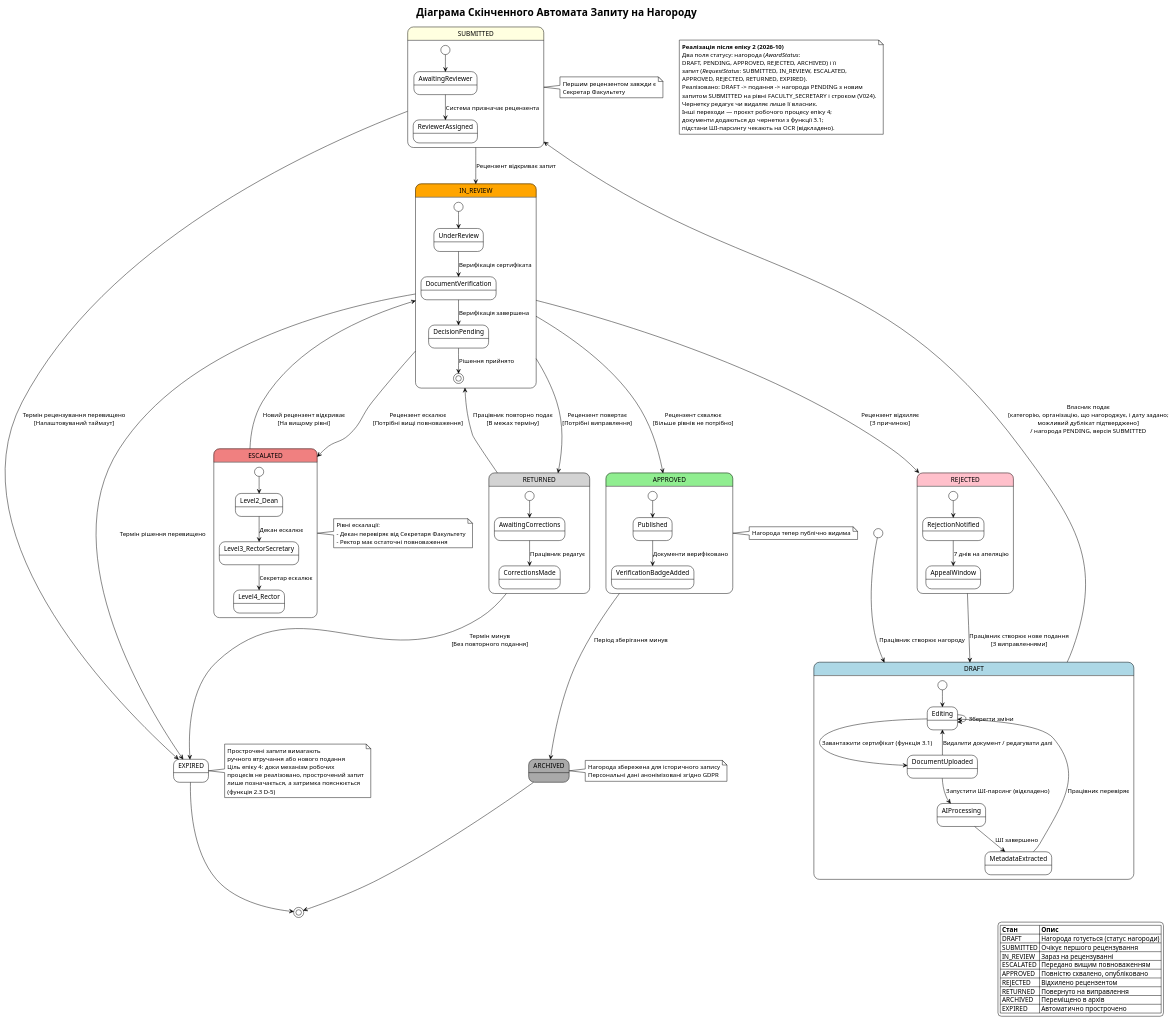
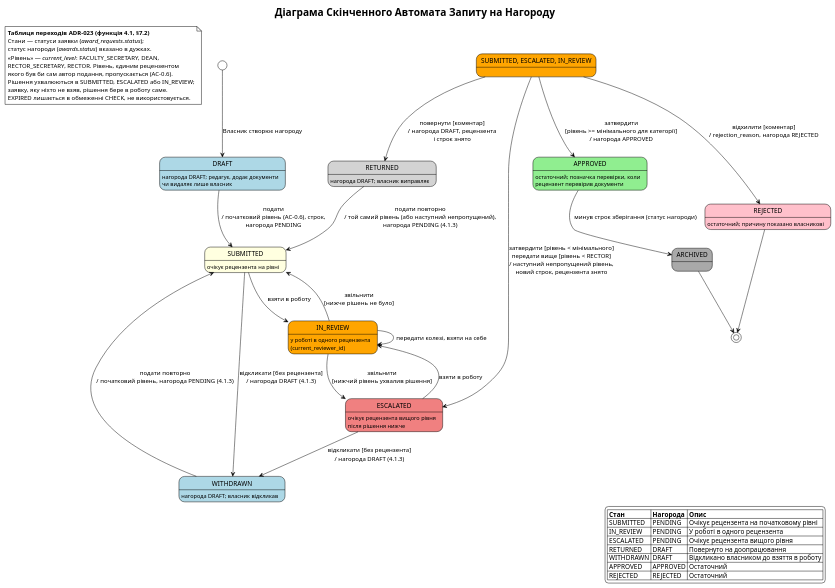
One commit to StKostyk/award-monitoring-system changed the diagram in docs/ua/diagrams/uml/state-machine-award-request.puml. Above: the diagram before and after it, drawn with PlantUML. The commit also changed other lines of this file and 41 other files, not shown here.

First line of the commit message:
feat(award): add the decision dialog and decision results to the review panel

```diff
--- a/docs/ua/diagrams/uml/state-machine-award-request.puml
+++ b/docs/ua/diagrams/uml/state-machine-award-request.puml
@@ -1,148 +1,77 @@
-@startuml StateMachine_Award_Request_UA
+@startuml StateMachine_Award_Request
 !theme plain
 skinparam state {
     BackgroundColor<<draft>> LightBlue
     BackgroundColor<<pending>> LightYellow
     BackgroundColor<<review>> Orange
     BackgroundColor<<escalated>> LightCoral
     BackgroundColor<<approved>> LightGreen
     BackgroundColor<<rejected>> Pink
     BackgroundColor<<returned>> LightGray
     BackgroundColor<<archived>> DarkGray
 }
 
 title Діаграма Скінченного Автомата Запиту на Нагороду
 
 note as AsBuilt
-    <b>Реалізація після епіку 2 (2026-10)</b>
-    Два поля статусу: нагорода (<i>AwardStatus</i>:
-    DRAFT, PENDING, APPROVED, REJECTED, ARCHIVED) і її
-    запит (<i>RequestStatus</i>: SUBMITTED, IN_REVIEW, ESCALATED,
-    APPROVED, REJECTED, RETURNED, EXPIRED).
-    Реалізовано: DRAFT -> подання -> нагорода PENDING з новим
-    запитом SUBMITTED на рівні FACULTY_SECRETARY і строком (V024).
-    Чернетку редагує чи видаляє лише її власник.
-    Інші переходи — проєкт робочого процесу епіку 4;
-    документи додаються до чернетки з функції 3.1;
-    підстани ШІ-парсингу чекають на OCR (відкладено).
+    <b>Таблиця переходів ADR-023 (функція 4.1, §7.2)</b>
+    Стани — статуси заявки (<i>award_requests.status</i>);
+    статус нагороди (<i>awards.status</i>) вказано в дужках.
+    «Рівень» — <i>current_level</i>: FACULTY_SECRETARY, DEAN,
+    RECTOR_SECRETARY, RECTOR. Рівень, єдиним рецензентом
+    якого був би сам автор подання, пропускається (AC-0.6).
+    Рішення ухвалюються в SUBMITTED, ESCALATED або IN_REVIEW;
+    заявку, яку ніхто не взяв, рішення бере в роботу саме.
+    EXPIRED лишається в обмеженні CHECK, не використовується.
 end note
 
-[*] --> DRAFT <<draft>> : Працівник створює нагороду
+[*] --> DRAFT <<draft>> : Власник створює нагороду
 
-state DRAFT <<draft>> {
-    [*] --> Editing
-    Editing --> Editing : Зберегти зміни
-    Editing --> DocumentUploaded : Завантажити сертифікат (функція 3.1)
-    DocumentUploaded --> Editing : Видалити документ / редагувати далі
-    DocumentUploaded --> AIProcessing : Запустити ШІ-парсинг (відкладено)
-    AIProcessing --> MetadataExtracted : ШІ завершено
-    MetadataExtracted --> Editing : Працівник перевіряє
-}
+state DRAFT <<draft>> : нагорода DRAFT; редагує, додає документи\nчи видаляє лише власник
 
-DRAFT --> SUBMITTED <<pending>> : Власник подає\n[категорію, організацію, що нагороджує, і дату задано;\nможливий дублікат підтверджено]\n/ нагорода PENDING, версія SUBMITTED
+DRAFT --> SUBMITTED <<pending>> : подати\n/ початковий рівень (AC-0.6), строк,\nнагорода PENDING
 
-state SUBMITTED <<pending>> {
-    [*] --> AwaitingReviewer
-    AwaitingReviewer --> ReviewerAssigned : Система призначає рецензента
-}
+state SUBMITTED <<pending>> : очікує рецензента на рівні
+state ESCALATED <<escalated>> : очікує рецензента вищого рівня\nпісля рішення нижче
+state IN_REVIEW <<review>> : у роботі в одного рецензента\n(current_reviewer_id)
 
-note right of SUBMITTED
-    Першим рецензентом завжди є
-    Секретар Факультету
-end note
+SUBMITTED --> IN_REVIEW : взяти в роботу
+ESCALATED --> IN_REVIEW : взяти в роботу
+IN_REVIEW --> SUBMITTED : звільнити\n[нижче рішень не було]
+IN_REVIEW --> ESCALATED : звільнити\n[нижчий рівень ухвалив рішення]
+IN_REVIEW --> IN_REVIEW : передати колезі, взяти на себе
 
-SUBMITTED --> IN_REVIEW <<review>> : Рецензент відкриває запит
+state "SUBMITTED, ESCALATED, IN_REVIEW" as Open <<review>>
+Open --> APPROVED <<approved>> : затвердити\n[рівень >= мінімального для категорії]\n/ нагорода APPROVED
+Open --> ESCALATED : затвердити [рівень < мінімального]\nпередати вище [рівень < RECTOR]\n/ наступний непропущений рівень,\nновий строк, рецензента знято
+Open --> RETURNED <<returned>> : повернути [коментар]\n/ нагорода DRAFT, рецензента\nі строк знято
+Open --> REJECTED <<rejected>> : відхилити [коментар]\n/ rejection_reason, нагорода REJECTED
 
-state IN_REVIEW <<review>> {
-    [*] --> UnderReview
-    UnderReview --> DocumentVerification : Верифікація сертифіката
-    DocumentVerification --> DecisionPending : Верифікація завершена
-    DecisionPending --> [*] : Рішення прийнято
-}
+SUBMITTED --> WITHDRAWN : відкликати [без рецензента]\n/ нагорода DRAFT (4.1.3)
+ESCALATED --> WITHDRAWN : відкликати [без рецензента]\n/ нагорода DRAFT (4.1.3)
 
-IN_REVIEW --> APPROVED <<approved>> : Рецензент схвалює\n[Більше рівнів не потрібно]
-IN_REVIEW --> REJECTED <<rejected>> : Рецензент відхиляє\n[З причиною]
-IN_REVIEW --> ESCALATED <<escalated>> : Рецензент ескалює\n[Потрібні вищі повноваження]
-IN_REVIEW --> RETURNED <<returned>> : Рецензент повертає\n[Потрібні виправлення]
+state RETURNED <<returned>> : нагорода DRAFT; власник виправляє
+state WITHDRAWN <<draft>> : нагорода DRAFT; власник відкликав
 
-state ESCALATED <<escalated>> {
-    [*] --> Level2_Dean
-    Level2_Dean --> Level3_RectorSecretary : Декан ескалює
-    Level3_RectorSecretary --> Level4_Rector : Секретар ескалює
-}
+RETURNED --> SUBMITTED : подати повторно\n/ той самий рівень (або наступний непропущений),\nнагорода PENDING (4.1.3)
+WITHDRAWN --> SUBMITTED : подати повторно\n/ початковий рівень, нагорода PENDING (4.1.3)
 
-note right of ESCALATED
-    Рівні ескалації:
-    - Декан перевіряє від Секретаря Факультету
-    - Ректор має остаточні повноваження
-end note
+state APPROVED <<approved>> : остаточний; позначка перевірки, коли\nрецензент перевірив документи
+state REJECTED <<rejected>> : остаточний; причину показано власникові
 
-ESCALATED --> IN_REVIEW : Новий рецензент відкриває\n[На вищому рівні]
-
-state RETURNED <<returned>> {
-    [*] --> AwaitingCorrections
-    AwaitingCorrections --> CorrectionsMade : Працівник редагує
-}
-
-RETURNED --> IN_REVIEW : Працівник повторно подає\n[В межах терміну]
-RETURNED --> EXPIRED : Термін минув\n[Без повторного подання]
-
-state REJECTED <<rejected>> {
-    [*] --> RejectionNotified
-    RejectionNotified --> AppealWindow : 7 днів на апеляцію
-}
-
-REJECTED --> DRAFT : Працівник створює нове подання\n[З виправленнями]
-
-state APPROVED <<approved>> {
-    [*] --> Published
-    Published --> VerificationBadgeAdded : Документи верифіковано
-}
-
-note right of APPROVED
-    Нагорода тепер публічно видима
-end note
-
-APPROVED --> ARCHIVED <<archived>> : Період зберігання минув
-
-state ARCHIVED <<archived>>
-
-note right of ARCHIVED
-    Нагорода збережена для історичного запису
-    Персональні дані анонімізовані згідно GDPR
-end note
-
+APPROVED --> ARCHIVED <<archived>> : минув строк зберігання (статус нагороди)
+REJECTED --> [*]
 ARCHIVED --> [*]
 
-' Переходи з таймаутом
-SUBMITTED --> EXPIRED : Термін рецензування перевищено\n[Налаштовуваний таймаут]
-IN_REVIEW --> EXPIRED : Термін рішення перевищено
-
-state EXPIRED
-
-note right of EXPIRED
-    Прострочені запити вимагають
-    ручного втручання або нового подання
-    Ціль епіку 4: доки механізм робочих
-    процесів не реалізовано, прострочений запит
-    лише позначається, а затримка пояснюється
-    (функція 2.3 D-5)
-end note
-
-EXPIRED --> [*]
-
-' Легенда
 legend right
-    |= Стан |= Опис |
-    | DRAFT | Нагорода готується (статус нагороди) |
-    | SUBMITTED | Очікує першого рецензування |
-    | IN_REVIEW | Зараз на рецензуванні |
-    | ESCALATED | Передано вищим повноваженням |
-    | APPROVED | Повністю схвалено, опубліковано |
-    | REJECTED | Відхилено рецензентом |
-    | RETURNED | Повернуто на виправлення |
-    | ARCHIVED | Переміщено в архів |
-    | EXPIRED | Автоматично прострочено |
+    |= Стан |= Нагорода |= Опис |
+    | SUBMITTED | PENDING | Очікує рецензента на початковому рівні |
+    | IN_REVIEW | PENDING | У роботі в одного рецензента |
+    | ESCALATED | PENDING | Очікує рецензента вищого рівня |
+    | RETURNED | DRAFT | Повернуто на доопрацювання |
+    | WITHDRAWN | DRAFT | Відкликано власником до взяття в роботу |
+    | APPROVED | APPROVED | Остаточний |
+    | REJECTED | REJECTED | Остаточний |
 endlegend
 
 @enduml
```
